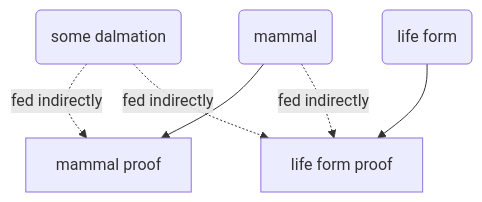
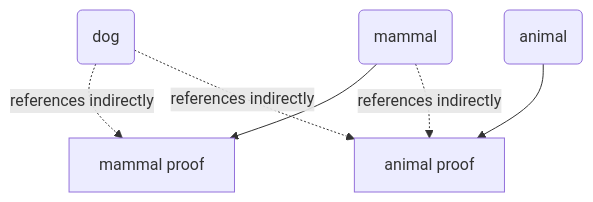
One commit to unrival-protocol/documentation changed the third of 5 diagrams in source/whitepaper.org. Above: the diagram before and after it, drawn with Mermaid. The commit also changed other lines of this file and 2 other files, not shown here.

```diff
--- a/source/whitepaper.org
+++ b/source/whitepaper.org
@@ -242,13 +234,13 @@
 #+begin_src mermaid :css-file ./mermaid-styles.css  :file static/images/indirect-proof-2.svg
 graph TD
-    A(some dalmation)
+    A(dog)
     B(mammal)
     D[mammal proof]
     B --> D
     C --> E
-    C(life form)
-    E[life form proof]
-    A -.->  |fed indirectly|D
-    A -.->  |fed indirectly|E
-        B -.->  |fed indirectly|E
+    C(animal)
+    E[animal proof]
+    A -.->  |references indirectly|D
+    A -.->  |references indirectly|E
+        B -.->  |references indirectly|E
 #+end_src
```
